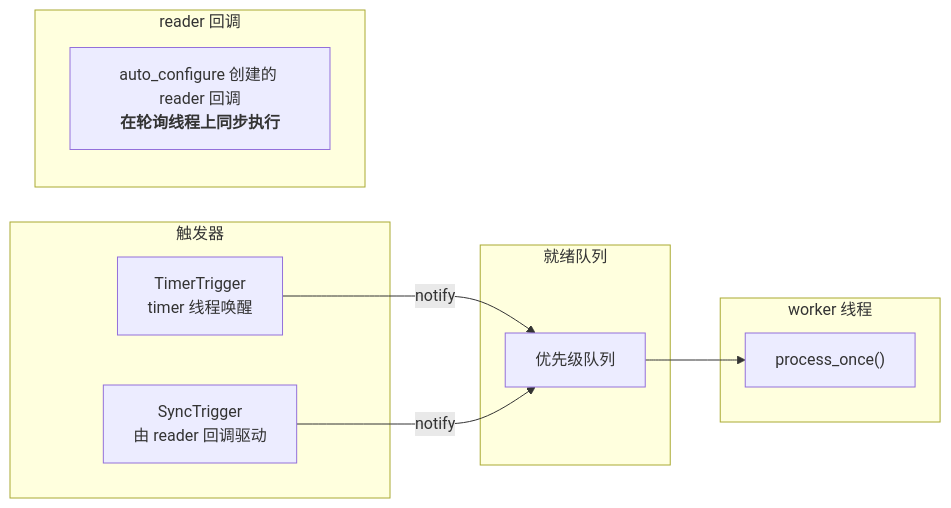
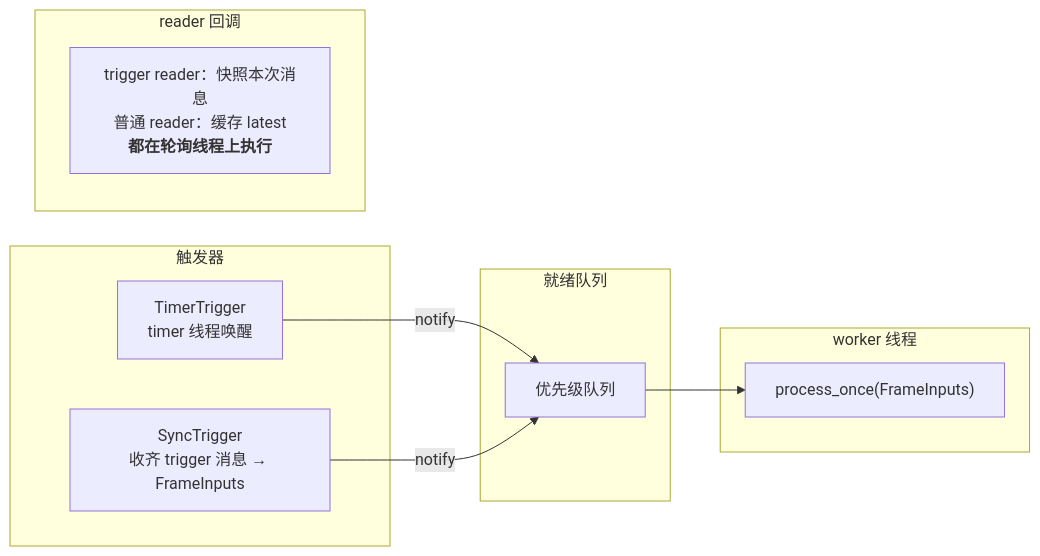
The second of 4 diagrams in docs/architecture/05-concurrency-model.md (zgggy/starletto), drawn with Mermaid before and after one commit. The commit also changed other lines of this file and 30 other files, not shown here.

Commit message:
refactor(runtime): trigger 消息随 process_once(FrameInputs) 传入，非 trigger 输入仍走 read_latest

````diff
--- a/docs/architecture/05-concurrency-model.md
+++ b/docs/architecture/05-concurrency-model.md
@@ -57,20 +57,20 @@
 ```mermaid
 flowchart LR
     subgraph TRIG["触发器"]
         T1["TimerTrigger<br/>timer 线程唤醒"]
-        T2["SyncTrigger<br/>由 reader 回调驱动"]
+        T2["SyncTrigger<br/>收齐 trigger 消息 → FrameInputs"]
     end
     subgraph Q["就绪队列"]
         Q1["优先级队列"]
     end
     subgraph W["worker 线程"]
-        W1["process_once()"]
+        W1["process_once(FrameInputs)"]
     end
     T1 -->|"notify"| Q1
     T2 -->|"notify"| Q1
     Q1 --> W1
 
     subgraph RC["reader 回调"]
-        R1["auto_configure 创建的 reader 回调<br/><b>在轮询线程上同步执行</b>"]
+        R1["trigger reader：快照本次消息<br/>普通 reader：缓存 latest<br/><b>都在轮询线程上执行</b>"]
     end
 ```
````
